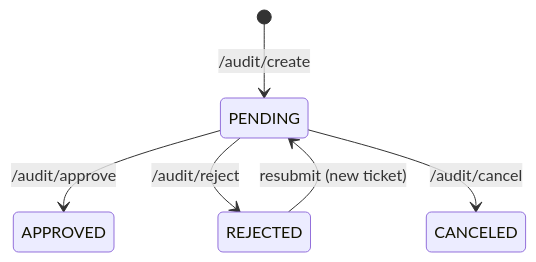
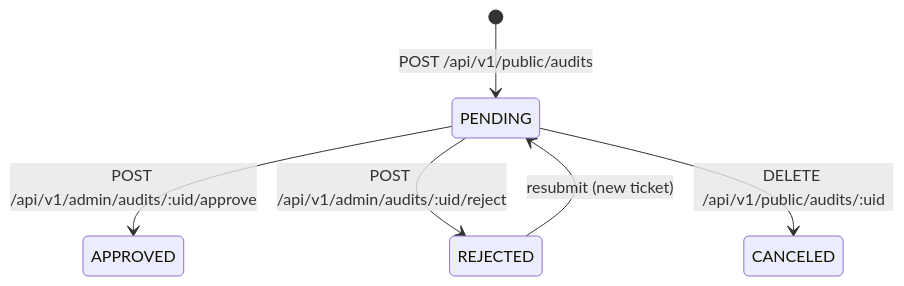
The seventh of 10 diagrams in docs/en/workflows.md (yeying-community/node), drawn with Mermaid before and after one commit. The commit also changed other lines of this file and 326 other files, not shown here.

````diff
--- a/docs/en/workflows.md
+++ b/docs/en/workflows.md
@@ -121,8 +122,8 @@
 ```mermaid
 stateDiagram-v2
-  [*] --> PENDING: /audit/create
-  PENDING --> APPROVED: /audit/approve
-  PENDING --> REJECTED: /audit/reject
-  PENDING --> CANCELED: /audit/cancel
+  [*] --> PENDING: POST /api/v1/public/audits
+  PENDING --> APPROVED: POST /api/v1/admin/audits/:uid/approve
+  PENDING --> REJECTED: POST /api/v1/admin/audits/:uid/reject
+  PENDING --> CANCELED: DELETE /api/v1/public/audits/:uid
   REJECTED --> PENDING: resubmit (new ticket)
 ```
````
